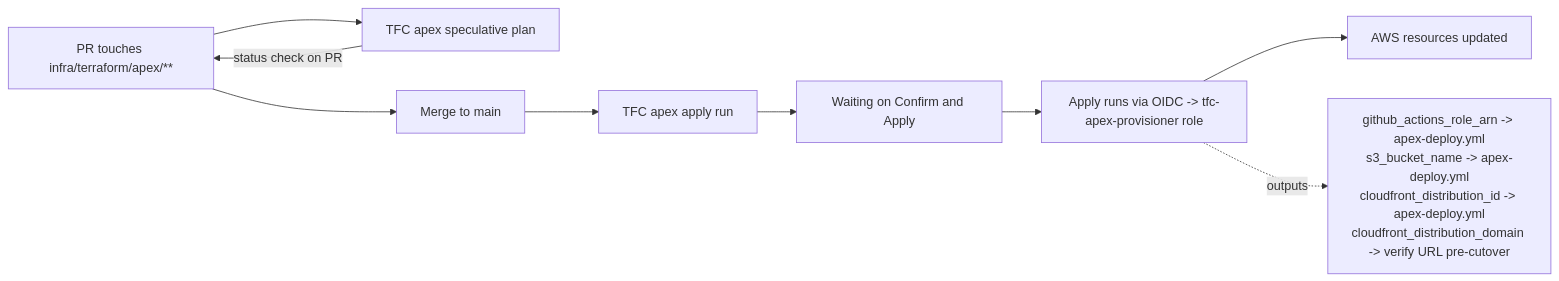
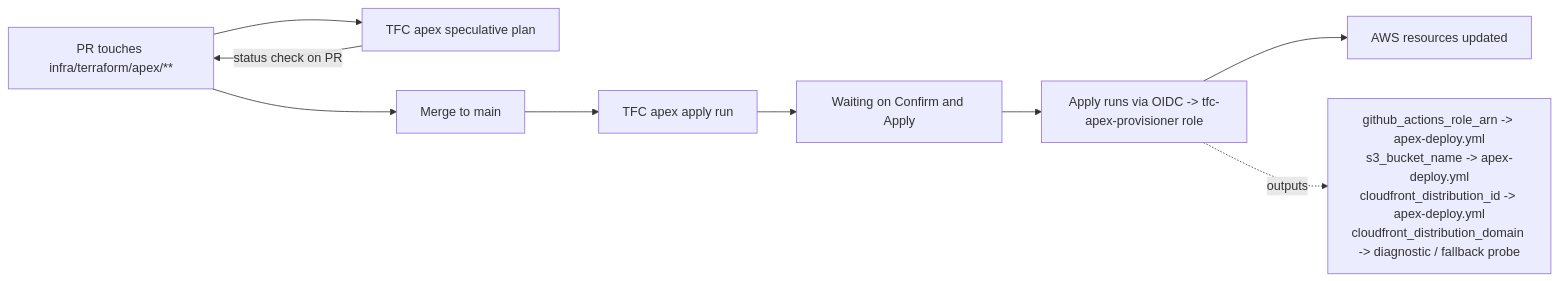
The sixth of 8 diagrams in DEPLOYMENT.md (flamarion/pfv), drawn with Mermaid before and after one commit. The commit also changed other lines of this file and 4 other files, not shown here.

First line of the commit message:
feat(infra): apex DNS cutover (L5.2a PR-D) (#270)

````diff
--- a/DEPLOYMENT.md
+++ b/DEPLOYMENT.md
@@ -421,11 +420,11 @@
 ```mermaid
 flowchart LR
   pr[PR touches infra/terraform/apex/**] --> tfcsp[TFC apex speculative plan]
   tfcsp -->|status check on PR| pr
   pr --> merge[Merge to main]
   merge --> tfcapp[TFC apex apply run]
   tfcapp --> hold[Waiting on Confirm and Apply]
   hold --> apply[Apply runs via OIDC -> tfc-apex-provisioner role]
   apply --> done[AWS resources updated]
-  apply -.->|outputs| consumers[github_actions_role_arn -> apex-deploy.yml<br/>s3_bucket_name -> apex-deploy.yml<br/>cloudfront_distribution_id -> apex-deploy.yml<br/>cloudfront_distribution_domain -> verify URL pre-cutover]
+  apply -.->|outputs| consumers[github_actions_role_arn -> apex-deploy.yml<br/>s3_bucket_name -> apex-deploy.yml<br/>cloudfront_distribution_id -> apex-deploy.yml<br/>cloudfront_distribution_domain -> diagnostic / fallback probe]
 ```
````
